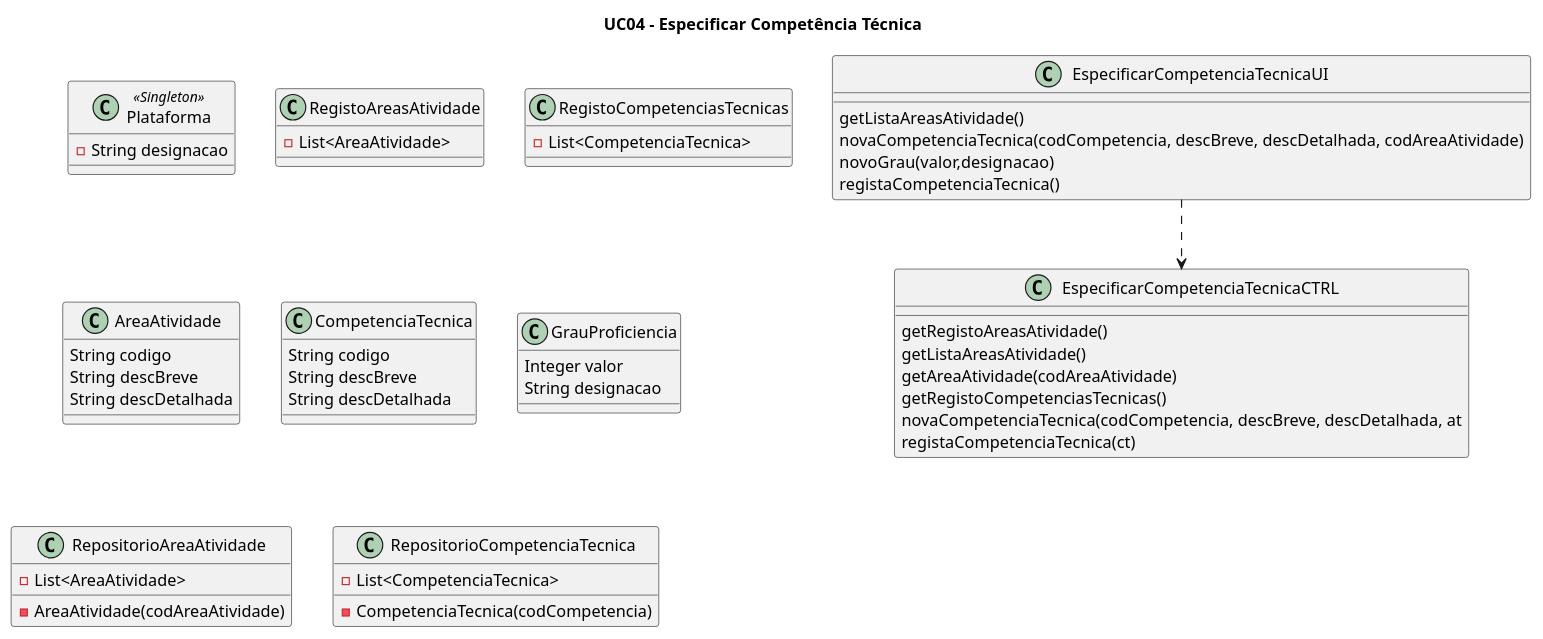
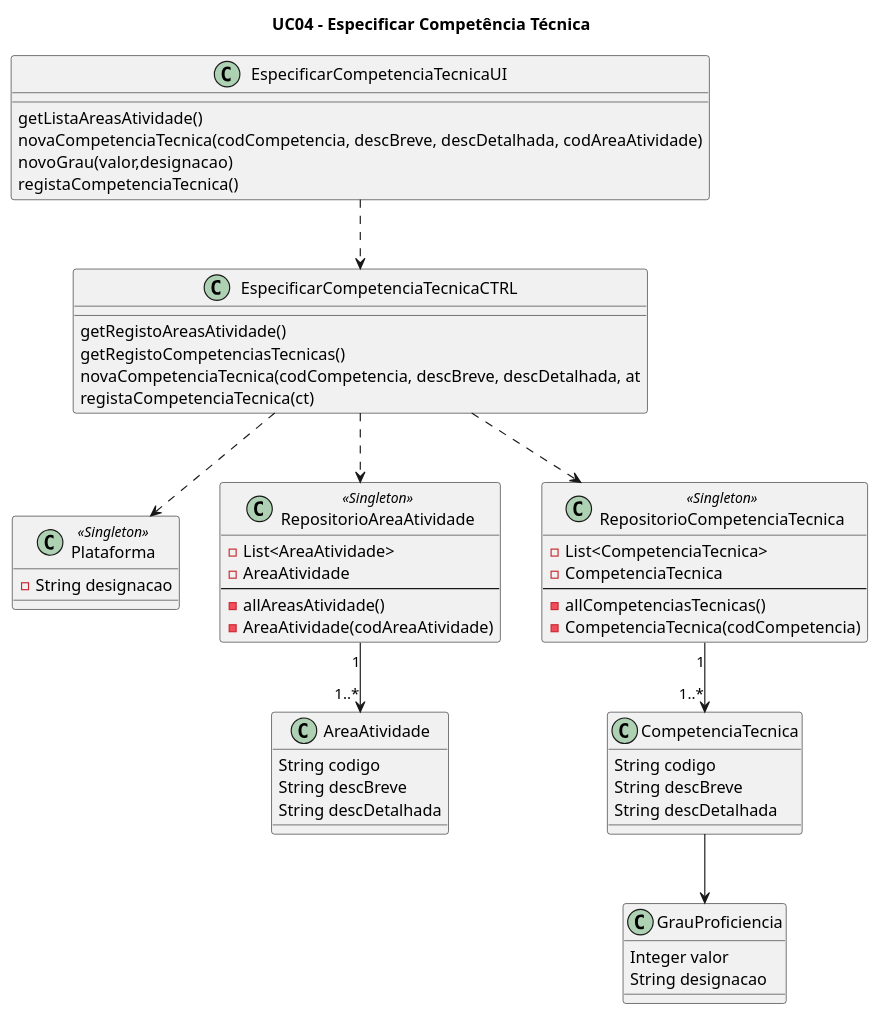
The diagram in Sprint 2/UC04_Especificar_Competencia_Tecnica/UC04_DiagClas_Especificar_Competencia_Tecnica.wsd (blestonbandeiraUPSKILL/upskill_java1_labprg_grupo2), drawn with PlantUML before and after one commit. The commit also changed 1 other file, not shown here.

```diff
--- a/Sprint 2/UC04_Especificar_Competencia_Tecnica/UC04_DiagClas_Especificar_Competencia_Tecnica.wsd
+++ b/Sprint 2/UC04_Especificar_Competencia_Tecnica/UC04_DiagClas_Especificar_Competencia_Tecnica.wsd
@@ -1,61 +1,69 @@
 @startuml
 title UC04 - Especificar Competência Técnica
 
 class Plataforma <<Singleton>> {
     -String designacao
 }
 
 class EspecificarCompetenciaTecnicaUI{
    getListaAreasAtividade()
    novaCompetenciaTecnica(codCompetencia, descBreve, descDetalhada, codAreaAtividade)
    novoGrau(valor,designacao)
    registaCompetenciaTecnica()
 }
 
 class EspecificarCompetenciaTecnicaCTRL{
    getRegistoAreasAtividade()
-   getListaAreasAtividade()
-   getAreaAtividade(codAreaAtividade)
    getRegistoCompetenciasTecnicas()
    novaCompetenciaTecnica(codCompetencia, descBreve, descDetalhada, at
    registaCompetenciaTecnica(ct)
-}
-
-class RegistoAreasAtividade{
-    - List<AreaAtividade>
-}
-
-class RegistoCompetenciasTecnicas{
-    - List<CompetenciaTecnica>
 }
 
 class AreaAtividade{
     String codigo
     String descBreve
     String descDetalhada
 }
 
 class CompetenciaTecnica{
     String codigo
     String descBreve
     String descDetalhada
 }
 
 class GrauProficiencia{
     Integer valor
     String designacao
 }
 
-class RepositorioAreaAtividade{
+class RepositorioAreaAtividade <<Singleton>>{
     -List<AreaAtividade>
+    -AreaAtividade
+    --
+    -allAreasAtividade()
     -AreaAtividade(codAreaAtividade)
 }
 
-class RepositorioCompetenciaTecnica{
+class RepositorioCompetenciaTecnica <<Singleton>>{
     -List<CompetenciaTecnica>
+    -CompetenciaTecnica
+    --
+    -allCompetenciasTecnicas()
     -CompetenciaTecnica(codCompetencia)
 }
 
 EspecificarCompetenciaTecnicaUI ..> EspecificarCompetenciaTecnicaCTRL
 
+EspecificarCompetenciaTecnicaCTRL ..> Plataforma
+
+EspecificarCompetenciaTecnicaCTRL ..> RepositorioAreaAtividade
+
+EspecificarCompetenciaTecnicaCTRL ..> RepositorioCompetenciaTecnica
+
+RepositorioAreaAtividade "1" --> "1..*" AreaAtividade
+
+RepositorioCompetenciaTecnica "1" --> "1..*" CompetenciaTecnica
+
+CompetenciaTecnica --> GrauProficiencia
+
 @enduml
```
